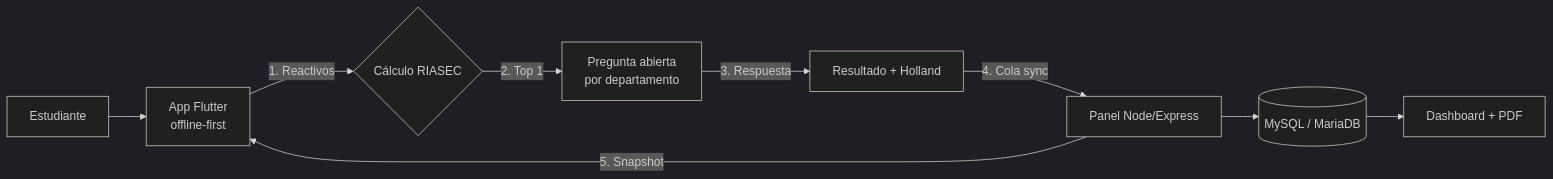
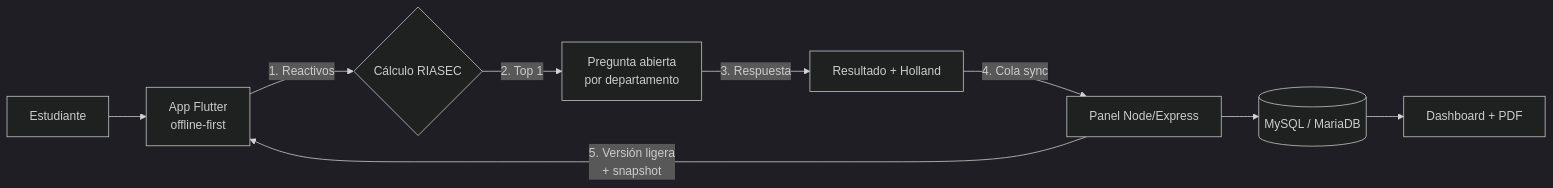
The diagram in README.md (Maeliodas/MY.01_PROYECTOS.03_EXTERNOS.02_RESIDENCIAS.01_APP_VOCACIONAL.01_APPLICACION), drawn with Mermaid (dark theme) before and after one commit. The commit also changed other lines of this file and 9 other files, not shown here.

````diff
--- a/README.md
+++ b/README.md
@@ -53,11 +53,11 @@
 ```mermaid
 flowchart LR
     E[Estudiante] --> A[App Flutter<br/>offline-first]
     A -->|1. Reactivos| C{Cálculo RIASEC}
     C -->|2. Top 1| P[Pregunta abierta<br/>por departamento]
     P -->|3. Respuesta| R[Resultado + Holland]
     R -->|4. Cola sync| N[Panel Node/Express]
     N --> M[(MySQL / MariaDB)]
     M --> D[Dashboard + PDF]
-    N -->|5. Snapshot| A
+    N -->|5. Versión ligera<br/>+ snapshot| A
 ```
````
